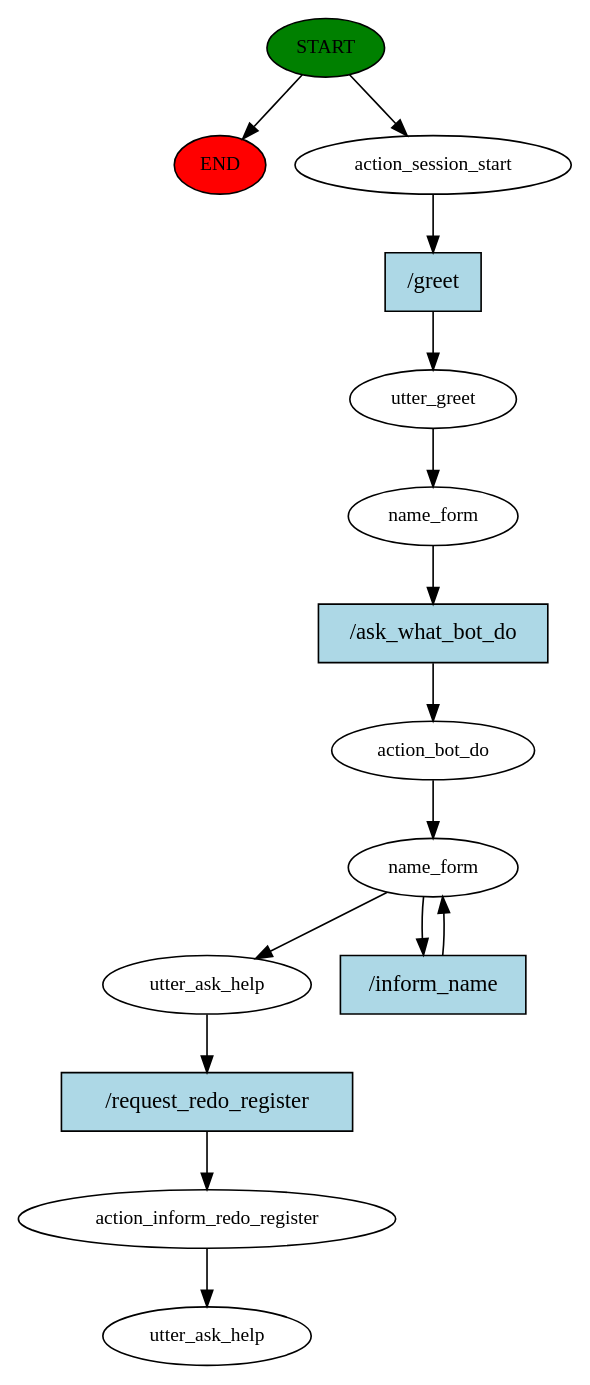
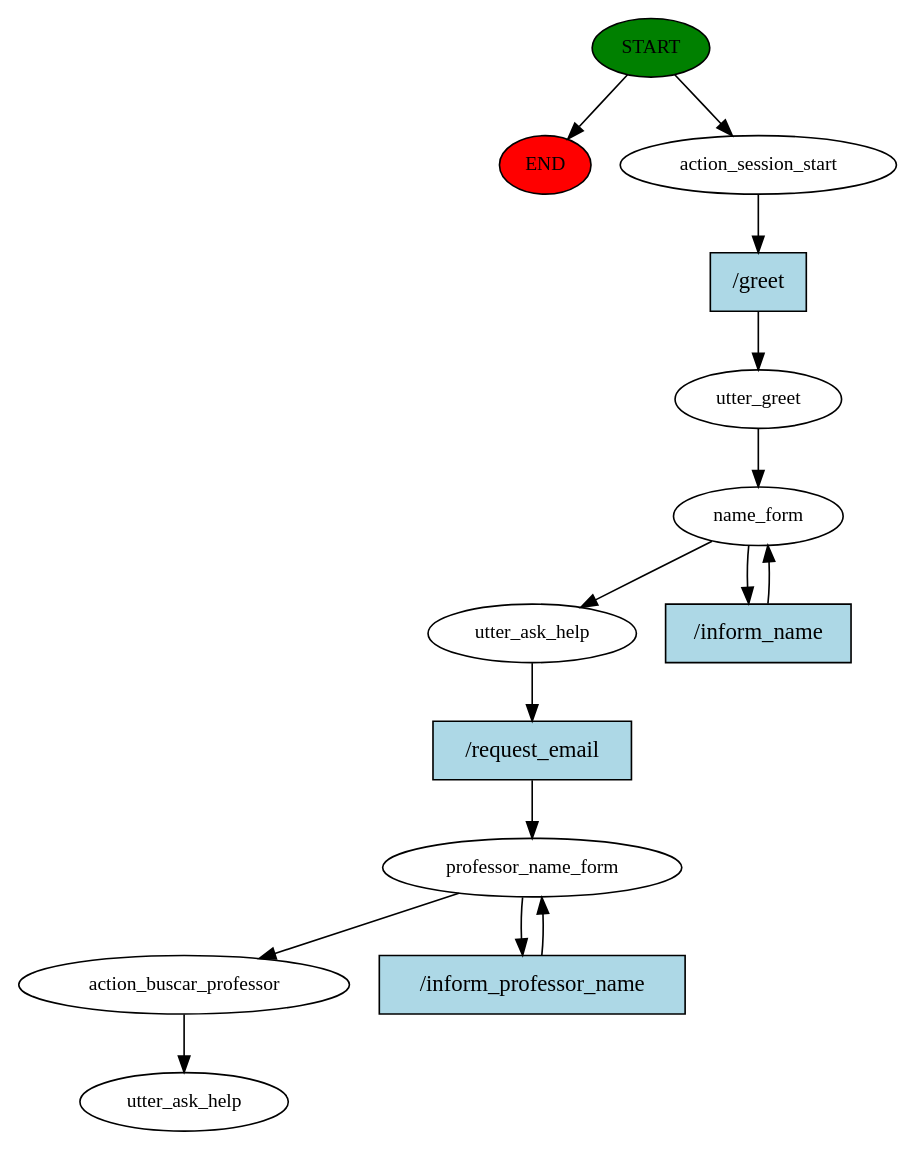
One commit to ofernandobarbosa/chatbot_IF changed the diagram in story_graph.dot. Above: the diagram before and after it, drawn with Graphviz. The commit also changed 2 other files, not shown here.

```diff
--- a/story_graph.dot
+++ b/story_graph.dot
@@ -1,30 +1,29 @@
 digraph  {
 0 [class="start active", fillcolor=green, fontsize=12, label=START, style=filled];
 "-1" [class=end, fillcolor=red, fontsize=12, label=END, style=filled];
 1 [class=active, fontsize=12, label=action_session_start];
 2 [class=active, fontsize=12, label=utter_greet];
 3 [class=active, fontsize=12, label=name_form];
-4 [class=active, fontsize=12, label=action_bot_do];
-5 [class=active, fontsize=12, label=name_form];
-7 [class=active, fontsize=12, label=utter_ask_help];
-8 [class=active, fontsize=12, label=action_inform_redo_register];
+5 [class=active, fontsize=12, label=utter_ask_help];
+6 [class=active, fontsize=12, label=professor_name_form];
+8 [class=active, fontsize=12, label=action_buscar_professor];
 9 [class="dashed active", fontsize=12, label=utter_ask_help];
 10 [class="intent active", fillcolor=lightblue, label="/greet", shape=rect, style=filled];
-11 [class="intent active", fillcolor=lightblue, label="/ask_what_bot_do", shape=rect, style=filled];
-12 [class="intent active", fillcolor=lightblue, label="/inform_name", shape=rect, style=filled];
-13 [class="intent active", fillcolor=lightblue, label="/request_redo_register", shape=rect, style=filled];
+11 [class="intent active", fillcolor=lightblue, label="/inform_name", shape=rect, style=filled];
+12 [class="intent active", fillcolor=lightblue, label="/request_email", shape=rect, style=filled];
+13 [class="intent active", fillcolor=lightblue, label="/inform_professor_name", shape=rect, style=filled];
 0 -> "-1"  [class="", key=NONE, label=""];
 0 -> 1  [class=active, key=NONE, label=""];
 1 -> 10  [class=active, key=0];
 2 -> 3  [class=active, key=NONE, label=""];
+3 -> 5  [class=active, key=NONE, label=""];
 3 -> 11  [class=active, key=0];
-4 -> 5  [class=active, key=NONE, label=""];
-5 -> 7  [class=active, key=NONE, label=""];
 5 -> 12  [class=active, key=0];
-7 -> 13  [class=active, key=0];
+6 -> 8  [class=active, key=NONE, label=""];
+6 -> 13  [class=active, key=0];
 8 -> 9  [class=active, key=NONE, label=""];
 10 -> 2  [class=active, key=0];
-11 -> 4  [class=active, key=0];
-12 -> 5  [class=active, key=0];
-13 -> 8  [class=active, key=0];
+11 -> 3  [class=active, key=0];
+12 -> 6  [class=active, key=0];
+13 -> 6  [class=active, key=0];
 }
```
